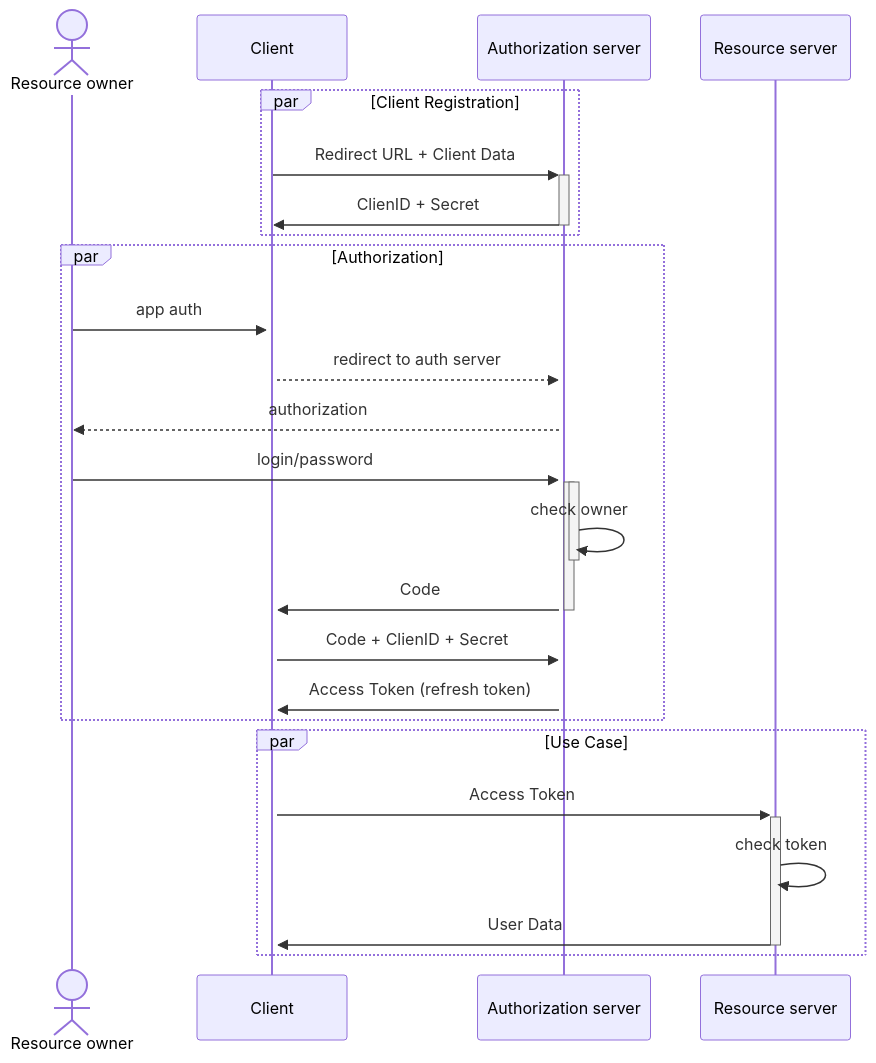
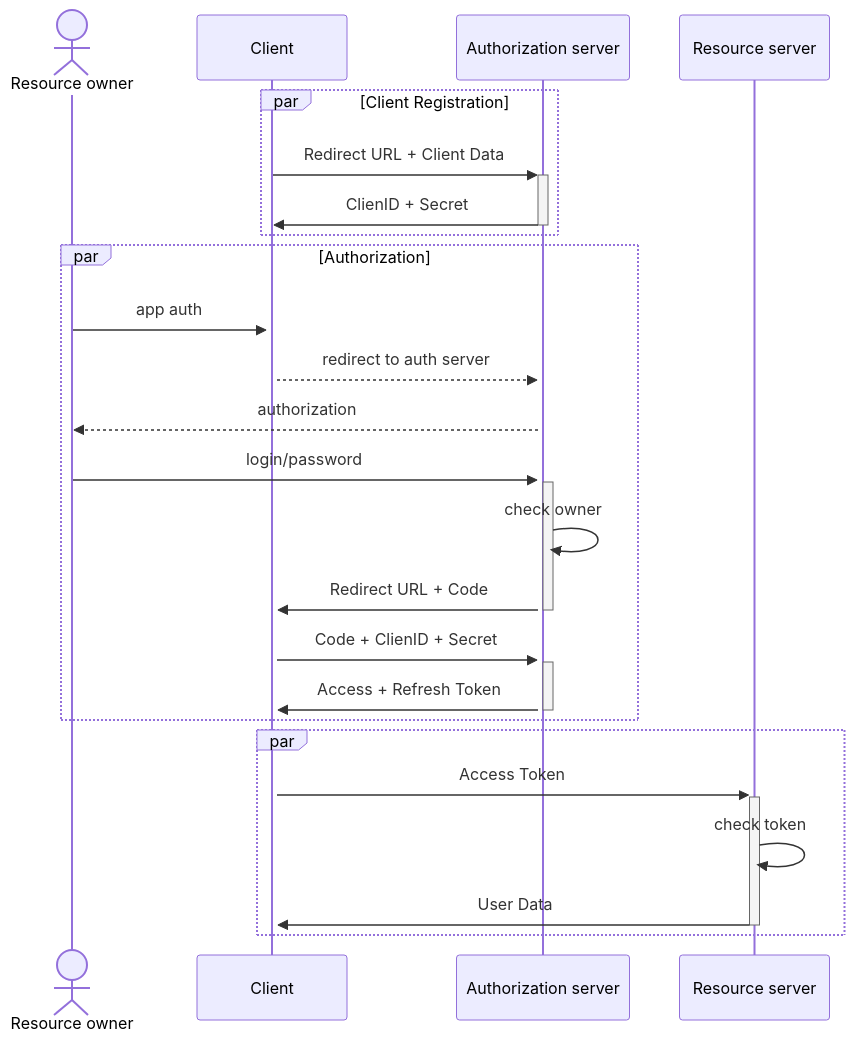
The third of 3 diagrams in CS/Authorization.md (danzay42/Wiki), drawn with Mermaid before and after one commit.

Commit message:
vault backup: 2023-08-16 23:14:19
Affected files:
CS/Authorization.md

````diff
--- a/CS/Authorization.md
+++ b/CS/Authorization.md
@@ -98,35 +98,35 @@
 ```mermaid
 sequenceDiagram
 	%%autonumber%%
 	actor o as Resource owner
 	participant c as Client
 	participant a as Authorization server
 	participant r as Resource server
 
 	par Client Registration
 		c ->>+ a: Redirect URL + Client Data
 		a ->>- c: ClienID + Secret
 	end
 
 	par Authorization
 		o ->>+ c: app auth
 		c -->>+ a: redirect to auth server
 		
 		a -->> o: authorization
 		o ->>+ a: login/password
 	
-		activate a
+
 		a ->> a: check owner
-		deactivate a
+
 	
-		a ->>- c: Code
-		c ->> a: Code + ClienID + Secret
-		a ->> c: Access Token (refresh token)
+		a ->>- c: Redirect URL + Code
+		c ->>+ a: Code + ClienID + Secret
+		a ->>- c: Access + Refresh Token
 	end
 
-	par Use Case
-	c ->>+ r: Access Token
-	r ->> r: check token
-	r ->>- c: User Data
+	par
+		c ->>+ r: Access Token
+		r ->> r: check token
+		r ->>- c: User Data
 	end
 ```
````
